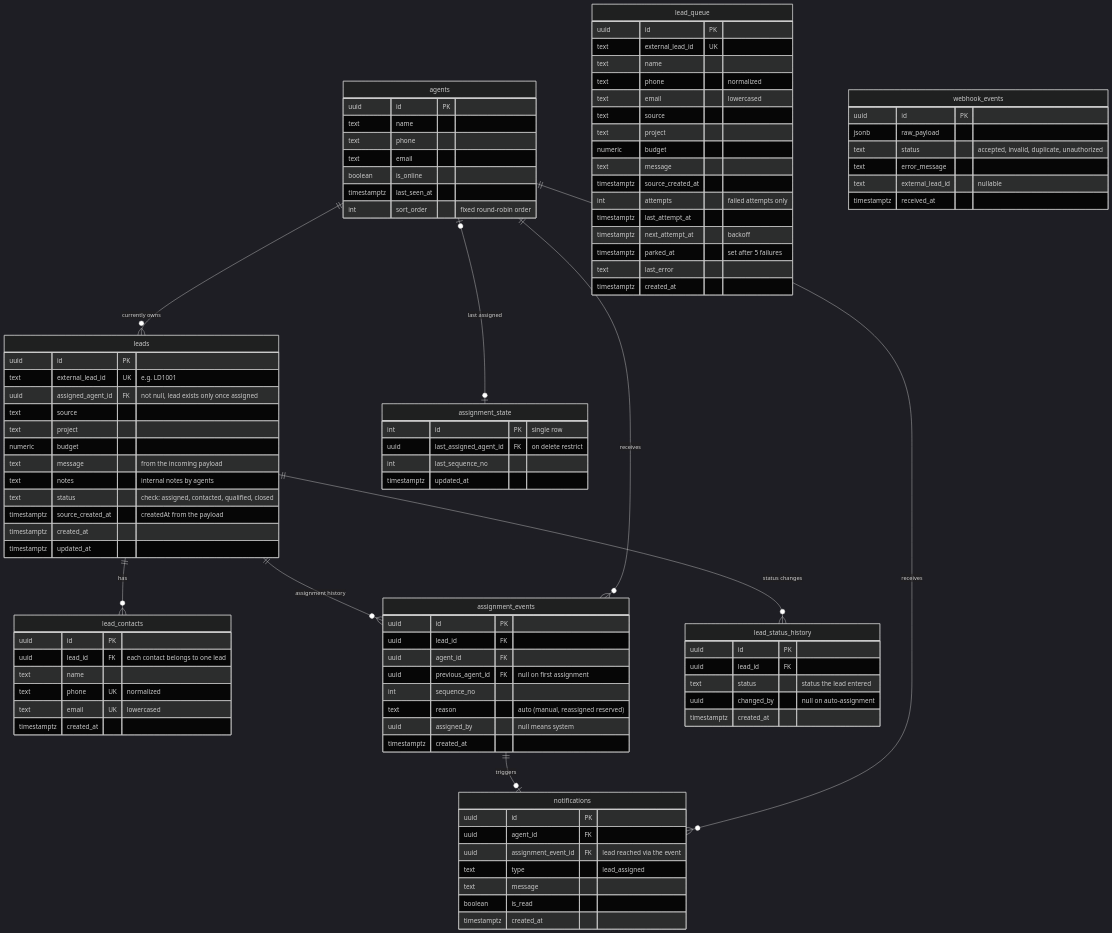
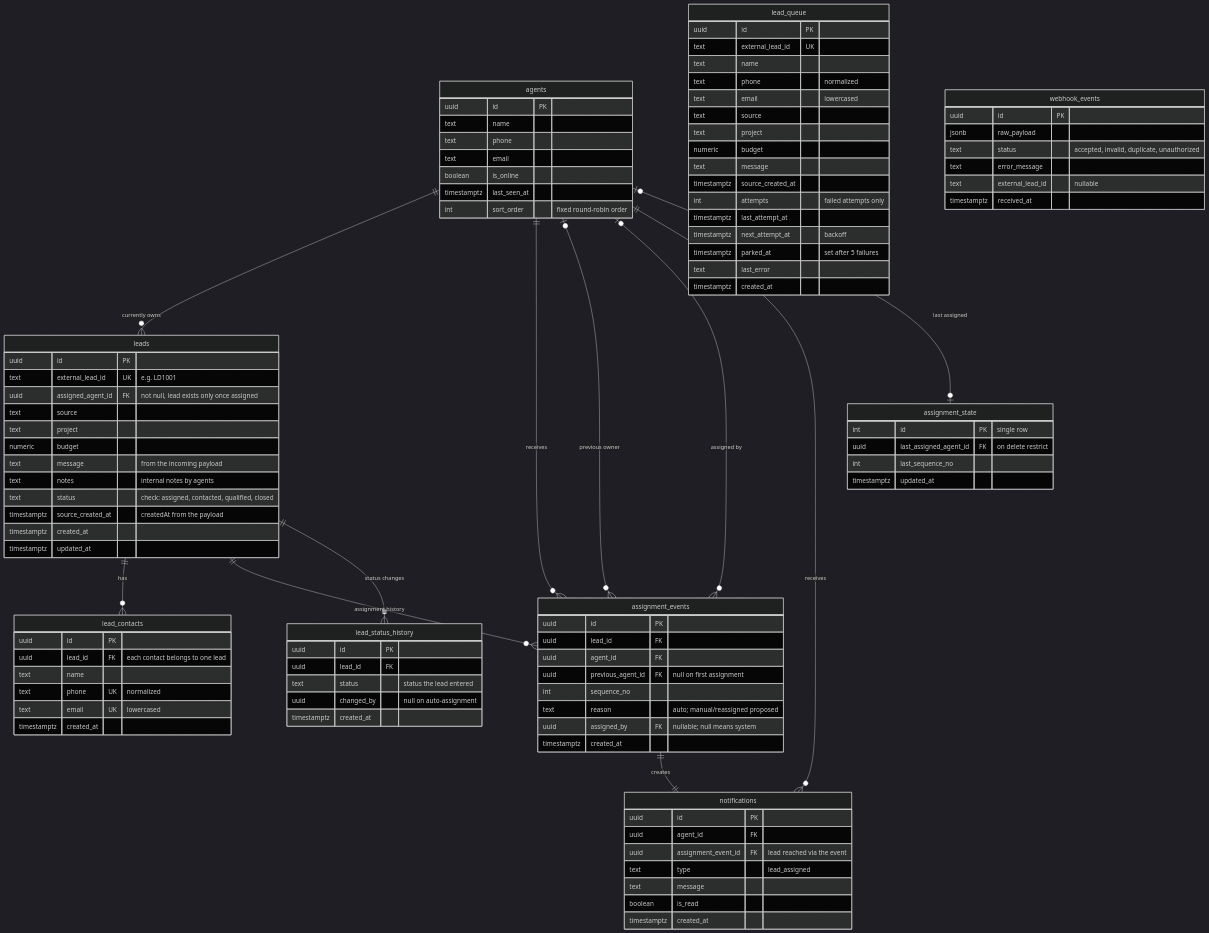
The diagram in docs/erd.mermaid (Luckden/agent_lead_platform), drawn with Mermaid (dark theme) before and after one commit. The commit also changed 43 other files, not shown here.

```diff
--- a/docs/erd.mermaid
+++ b/docs/erd.mermaid
@@ -1,107 +1,109 @@
 erDiagram
     leads ||--o{ lead_contacts : "has"
     agents ||--o{ leads : "currently owns"
     leads ||--o{ assignment_events : "assignment history"
     agents ||--o{ assignment_events : "receives"
+    agents o|--o{ assignment_events : "previous owner"
+    agents o|--o{ assignment_events : "assigned by"
     leads ||--o{ lead_status_history : "status changes"
-    assignment_events ||--o| notifications : "triggers"
+    assignment_events ||--|| notifications : "creates"
     agents ||--o{ notifications : "receives"
     agents |o--o| assignment_state : "last assigned"
 
     lead_contacts {
         uuid id PK
         uuid lead_id FK "each contact belongs to one lead"
         text name
         text phone UK "normalized"
         text email UK "lowercased"
         timestamptz created_at
     }
 
     lead_queue {
         uuid id PK
         text external_lead_id UK
         text name
         text phone "normalized"
         text email "lowercased"
         text source
         text project
         numeric budget
         text message
         timestamptz source_created_at
         int attempts "failed attempts only"
         timestamptz last_attempt_at
         timestamptz next_attempt_at "backoff"
         timestamptz parked_at "set after 5 failures"
         text last_error
         timestamptz created_at
     }
 
     leads {
         uuid id PK
         text external_lead_id UK "e.g. LD1001"
         uuid assigned_agent_id FK "not null, lead exists only once assigned"
         text source
         text project
         numeric budget
         text message "from the incoming payload"
         text notes "internal notes by agents"
         text status "check: assigned, contacted, qualified, closed"
         timestamptz source_created_at "createdAt from the payload"
         timestamptz created_at
         timestamptz updated_at
     }
 
     agents {
         uuid id PK
         text name
         text phone
         text email
         boolean is_online
         timestamptz last_seen_at
         int sort_order "fixed round-robin order"
     }
 
     assignment_events {
         uuid id PK
         uuid lead_id FK
         uuid agent_id FK
         uuid previous_agent_id FK "null on first assignment"
         int sequence_no
-        text reason "auto (manual, reassigned reserved)"
-        uuid assigned_by "null means system"
+        text reason "auto; manual/reassigned proposed"
+        uuid assigned_by FK "nullable; null means system"
         timestamptz created_at
     }
 
     lead_status_history {
         uuid id PK
         uuid lead_id FK
         text status "status the lead entered"
         uuid changed_by "null on auto-assignment"
         timestamptz created_at
     }
 
     webhook_events {
         uuid id PK
         jsonb raw_payload
         text status "accepted, invalid, duplicate, unauthorized"
         text error_message
         text external_lead_id "nullable"
         timestamptz received_at
     }
 
     notifications {
         uuid id PK
         uuid agent_id FK
         uuid assignment_event_id FK "lead reached via the event"
         text type "lead_assigned"
         text message
         boolean is_read
         timestamptz created_at
     }
 
     assignment_state {
         int id PK "single row"
         uuid last_assigned_agent_id FK "on delete restrict"
         int last_sequence_no
         timestamptz updated_at
     }
```
